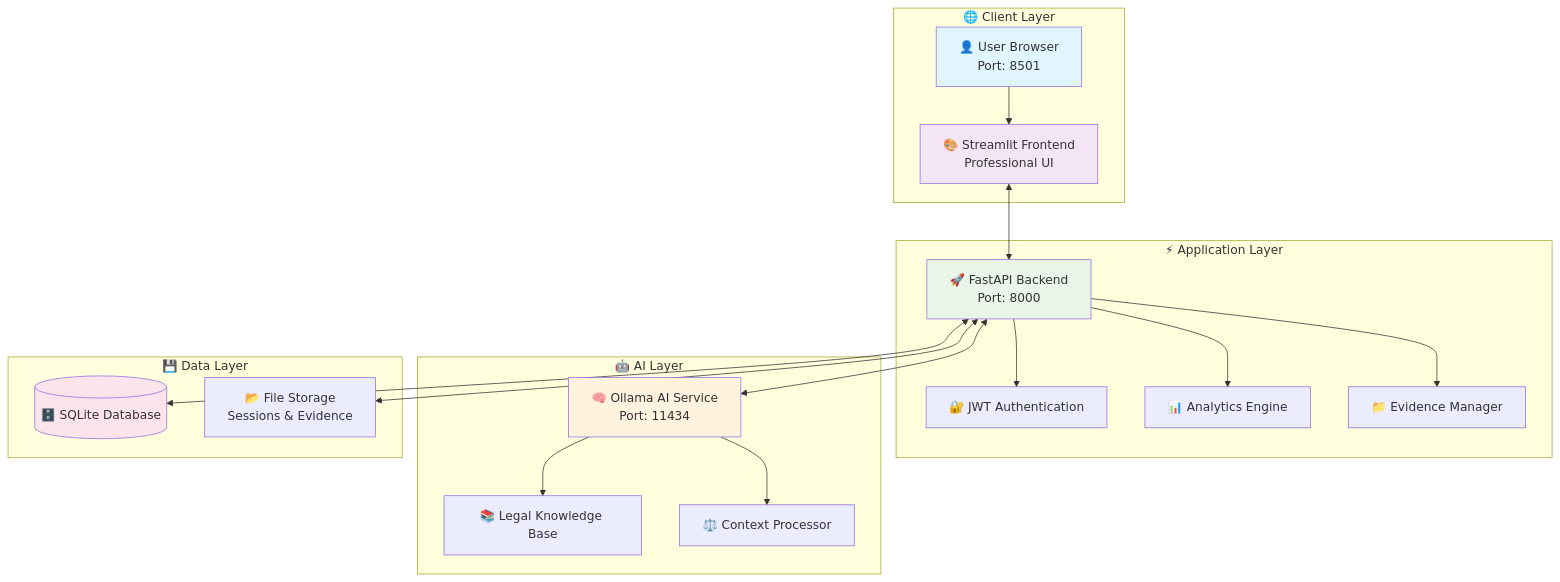
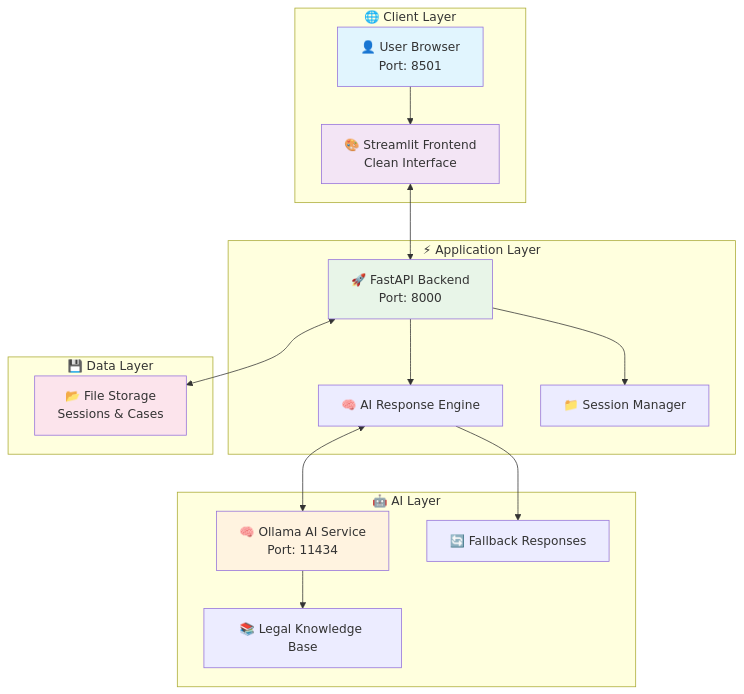
The diagram in README.md (Srinidhi-070/ai-courtroom-simulator), drawn with Mermaid before and after one commit. The commit also changed other lines of this file and 10 other files, not shown here.

````diff
--- a/README.md
+++ b/README.md
@@ -57,42 +57,38 @@
 ```mermaid
 graph TB
     subgraph "🌐 Client Layer"
         A[👤 User Browser<br/>Port: 8501]
-        B[🎨 Streamlit Frontend<br/>Professional UI]
+        B[🎨 Streamlit Frontend<br/>Clean Interface]
     end
     
     subgraph "⚡ Application Layer"
         C[🚀 FastAPI Backend<br/>Port: 8000]
-        D[🔐 JWT Authentication]
-        E[📊 Analytics Engine]
-        F[📁 Evidence Manager]
+        D[🧠 AI Response Engine]
+        E[📁 Session Manager]
     end
     
     subgraph "🤖 AI Layer"
-        G[🧠 Ollama AI Service<br/>Port: 11434]
-        H[📚 Legal Knowledge Base]
-        I[⚖️ Context Processor]
+        F[🧠 Ollama AI Service<br/>Port: 11434]
+        G[📚 Legal Knowledge Base]
+        H[🔄 Fallback Responses]
     end
     
     subgraph "💾 Data Layer"
-        J[(🗄️ SQLite Database)]
-        K[📂 File Storage<br/>Sessions & Evidence]
+        I[📂 File Storage<br/>Sessions & Cases]
     end
     
     A --> B
     B <--> C
     C --> D
     C --> E
-    C --> F
-    C <--> G
-    G --> H
-    G --> I
-    C <--> J
-    C <--> K
+    D <--> F
+    D --> H
+    F --> G
+    C <--> I
     
     style A fill:#e1f5fe
     style B fill:#f3e5f5
     style C fill:#e8f5e8
-    style G fill:#fff3e0
-    style J fill:#fce4ec
+    style F fill:#fff3e0
+    style I fill:#fce4ec
 ```
````
